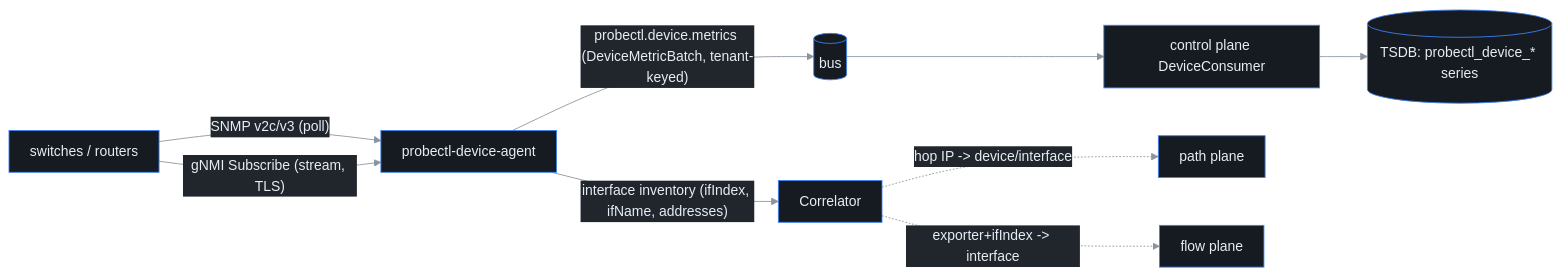
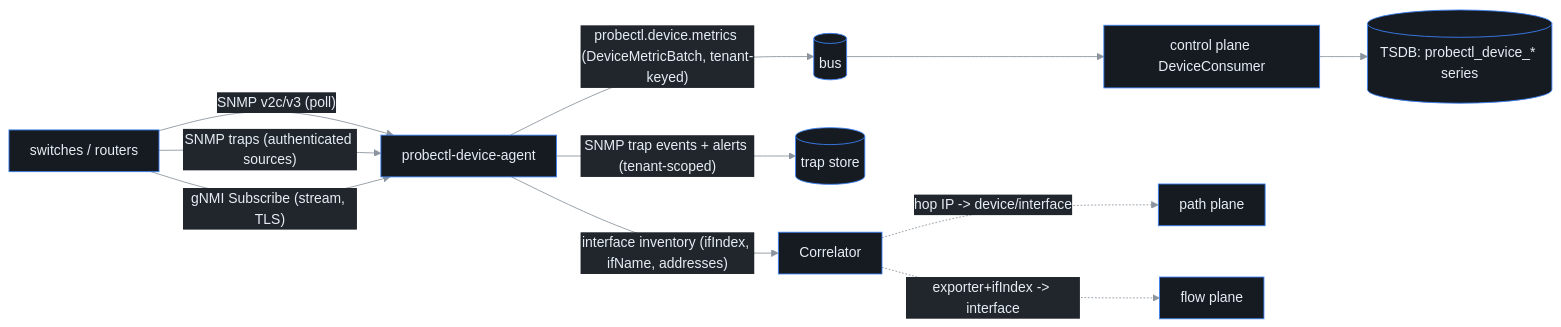
The diagram in docs/device-telemetry.md (ctlplne/probectl), drawn with Mermaid before and after one commit. The commit also changed other lines of this file and 10 other files, not shown here.

Commit message:
fix(compete): add tenant-scoped snmp trap ingest

````diff
--- a/docs/device-telemetry.md
+++ b/docs/device-telemetry.md
@@ -35,12 +38,14 @@
 ```mermaid
 %%{init: {'theme':'base','themeVariables':{'background':'#0d1117','primaryColor':'#161b22','primaryTextColor':'#e6edf3','primaryBorderColor':'#3b82f6','lineColor':'#8b949e','secondaryColor':'#21262d','tertiaryColor':'#0d1117','clusterBkg':'#161b22','clusterBorder':'#30363d','fontFamily':'ui-monospace, SFMono-Regular, Menlo, monospace'},'flowchart':{'curve':'basis','nodeSpacing':55,'rankSpacing':55,'padding':12}}}%%
 flowchart LR
   D[switches / routers] -- "SNMP v2c/v3 (poll)" --> A[probectl-device-agent]
+  D -- "SNMP traps (authenticated sources)" --> A
   D -- "gNMI Subscribe (stream, TLS)" --> A
   A -- "probectl.device.metrics (DeviceMetricBatch, tenant-keyed)" --> B[(bus)]
+  A -- "SNMP trap events + alerts (tenant-scoped)" --> E[(trap store)]
   B --> P[control plane DeviceConsumer]
   P --> T[(TSDB: probectl_device_* series)]
   A -- "interface inventory (ifIndex, ifName, addresses)" --> C[Correlator]
   C -. "hop IP -> device/interface" .-> PathPlane[path plane]
   C -. "exporter+ifIndex -> interface" .-> FlowPlane[flow plane]
 ```
````
